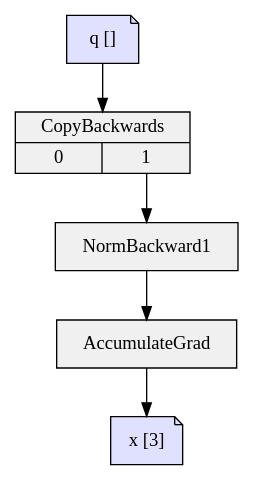
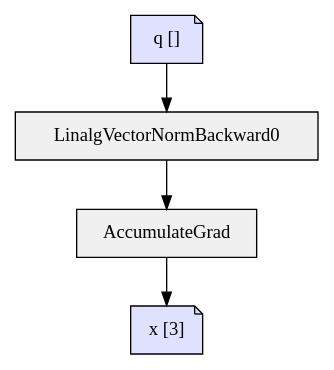
Before and after one commit to rkwitt/teaching: the diagram in WS2324/CV/material/03_AutomaticDifferentiation/simple1.dot, drawn with Graphviz. The commit also changed 8 other files, not shown here.

```diff
--- a/WS2324/CV/material/03_AutomaticDifferentiation/simple1.dot
+++ b/WS2324/CV/material/03_AutomaticDifferentiation/simple1.dot
@@ -1,11 +1,9 @@
 digraph{
   1 [shape=note,style=filled, fillcolor="#e0e0ff",label="q []"]
-  2 [shape=record,style=filled, fillcolor="#f0f0f0",label="{ CopyBackwards | { <output0> 0 | <output1> 1 }  }"]
-  3 [shape=record,style=filled, fillcolor="#f0f0f0",label="{ NormBackward1 }"]
-  4 [shape=record,style=filled, fillcolor="#f0f0f0",label="{ AccumulateGrad }"]
-  5 [shape=note,style=filled, fillcolor="#e0e0ff",label="x [3]"]
-  4 -> 5
+  2 [shape=record,style=filled, fillcolor="#f0f0f0",label="{ LinalgVectorNormBackward0 }"]
+  3 [shape=record,style=filled, fillcolor="#f0f0f0",label="{ AccumulateGrad }"]
+  4 [shape=note,style=filled, fillcolor="#e0e0ff",label="x [3]"]
   3 -> 4
-  2:output1 -> 3
+  2 -> 3
   1 -> 2
 }
```
